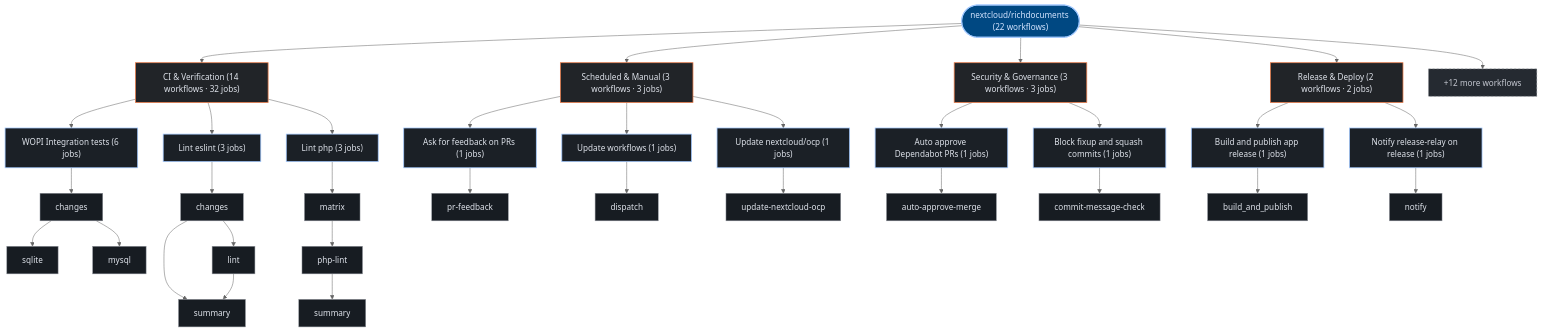
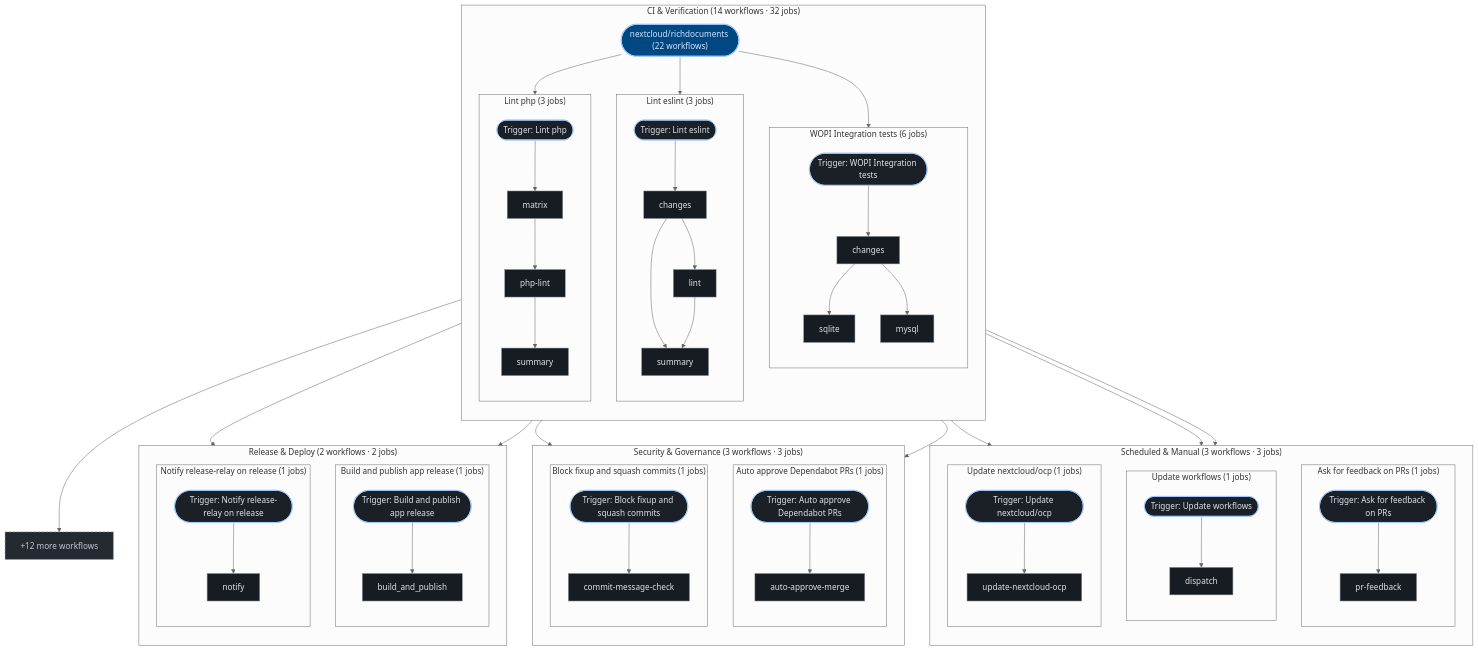
Before and after one commit to kumarshaz/atruss-code-atlas: the third of 3 diagrams in exports/latest/reports/nextcloud-richdocuments-report.md, drawn with Mermaid (neutral theme). The commit also changed 181 other files, not shown here.

````diff
--- a/exports/latest/reports/nextcloud-richdocuments-report.md
+++ b/exports/latest/reports/nextcloud-richdocuments-report.md
@@ -256,67 +256,101 @@
   classDef atlasAlert fill:#93000a,stroke:#ffb4ab,stroke-width:1.5px,color:#ffdad6
   classDef atlasMore fill:#252a31,stroke:#8d9199,stroke-dasharray:4 4,color:#c3c6cf
   pipeline_root(["nextcloud/richdocuments (22 workflows)"]):::atlasRoot
-  grp_0_CI___Verification["CI & Verification (14 workflows · 32 jobs)"]:::atlasCategory
-  pipeline_root --> grp_0_CI___Verification
-  wf_4_WOPI_Integration_tests["WOPI Integration tests (6 jobs)"]:::atlasWorkflow
-  grp_0_CI___Verification --> wf_4_WOPI_Integration_tests
-  job_4_changes["changes"]:::atlasJob
-  job_4_sqlite["sqlite"]:::atlasJob
-  job_4_mysql["mysql"]:::atlasJob
-  wf_4_WOPI_Integration_tests --> job_4_changes
-  job_4_changes --> job_4_sqlite
-  job_4_changes --> job_4_mysql
-  wf_5_Lint_eslint["Lint eslint (3 jobs)"]:::atlasWorkflow
-  grp_0_CI___Verification --> wf_5_Lint_eslint
-  job_5_changes["changes"]:::atlasJob
-  job_5_lint["lint"]:::atlasJob
-  job_5_summary["summary"]:::atlasJob
-  wf_5_Lint_eslint --> job_5_changes
-  job_5_changes --> job_5_lint
-  job_5_changes --> job_5_summary
-  job_5_lint --> job_5_summary
-  wf_8_Lint_php["Lint php (3 jobs)"]:::atlasWorkflow
-  grp_0_CI___Verification --> wf_8_Lint_php
-  job_8_matrix["matrix"]:::atlasJob
-  job_8_php_lint["php-lint"]:::atlasJob
-  job_8_summary["summary"]:::atlasJob
-  wf_8_Lint_php --> job_8_matrix
-  job_8_matrix --> job_8_php_lint
-  job_8_php_lint --> job_8_summary
-  grp_1_Scheduled___Manual["Scheduled & Manual (3 workflows · 3 jobs)"]:::atlasCategory
-  pipeline_root --> grp_1_Scheduled___Manual
-  wf_16_Ask_for_feedback_on_PRs["Ask for feedback on PRs (1 jobs)"]:::atlasWorkflow
-  grp_1_Scheduled___Manual --> wf_16_Ask_for_feedback_on_PRs
-  job_16_pr_feedback["pr-feedback"]:::atlasJob
-  wf_16_Ask_for_feedback_on_PRs --> job_16_pr_feedback
-  wf_20_Update_workflows["Update workflows (1 jobs)"]:::atlasWorkflow
-  grp_1_Scheduled___Manual --> wf_20_Update_workflows
-  job_20_dispatch["dispatch"]:::atlasJob
-  wf_20_Update_workflows --> job_20_dispatch
-  wf_21_Update_nextcloud_ocp["Update nextcloud/ocp (1 jobs)"]:::atlasWorkflow
-  grp_1_Scheduled___Manual --> wf_21_Update_nextcloud_ocp
-  job_21_update_nextcloud_ocp["update-nextcloud-ocp"]:::atlasJob
-  wf_21_Update_nextcloud_ocp --> job_21_update_nextcloud_ocp
-  grp_2_Security___Governance["Security & Governance (3 workflows · 3 jobs)"]:::atlasCategory
-  pipeline_root --> grp_2_Security___Governance
-  wf_2_Auto_approve_Dependabot_PRs["Auto approve Dependabot PRs (1 jobs)"]:::atlasWorkflow
-  grp_2_Security___Governance --> wf_2_Auto_approve_Dependabot_PRs
-  job_2_auto_approve_merge["auto-approve-merge"]:::atlasJob
-  wf_2_Auto_approve_Dependabot_PRs --> job_2_auto_approve_merge
-  wf_3_Block_fixup_and_squash_commits["Block fixup and squash commits (1 jobs)"]:::atlasWorkflow
-  grp_2_Security___Governance --> wf_3_Block_fixup_and_squash_commits
-  job_3_commit_message_check["commit-message-check"]:::atlasJob
-  wf_3_Block_fixup_and_squash_commits --> job_3_commit_message_check
-  grp_3_Release___Deploy["Release & Deploy (2 workflows · 2 jobs)"]:::atlasCategory
-  pipeline_root --> grp_3_Release___Deploy
-  wf_0_Build_and_publish_app_release["Build and publish app release (1 jobs)"]:::atlasWorkflow
-  grp_3_Release___Deploy --> wf_0_Build_and_publish_app_release
-  job_0_build_and_publish["build_and_publish"]:::atlasJob
-  wf_0_Build_and_publish_app_release --> job_0_build_and_publish
-  wf_18_Notify_release_relay_on_release["Notify release-relay on release (1 jobs)"]:::atlasWorkflow
-  grp_3_Release___Deploy --> wf_18_Notify_release_relay_on_release
-  job_18_notify["notify"]:::atlasJob
-  wf_18_Notify_release_relay_on_release --> job_18_notify
+  subgraph sg_grp_0_CI___Verification["CI & Verification (14 workflows · 32 jobs)"]
+    direction TB
+    subgraph sg_wf_4_WOPI_Integration_tests["WOPI Integration tests (6 jobs)"]
+      direction TB
+      wf_4_WOPI_Integration_tests(["Trigger: WOPI Integration tests"]):::atlasWorkflow
+      job_4_changes["changes"]:::atlasJob
+      job_4_sqlite["sqlite"]:::atlasJob
+      job_4_mysql["mysql"]:::atlasJob
+      wf_4_WOPI_Integration_tests --> job_4_changes
+      job_4_changes --> job_4_sqlite
+      job_4_changes --> job_4_mysql
+    end
+    pipeline_root --> wf_4_WOPI_Integration_tests
+    subgraph sg_wf_5_Lint_eslint["Lint eslint (3 jobs)"]
+      direction TB
+      wf_5_Lint_eslint(["Trigger: Lint eslint"]):::atlasWorkflow
+      job_5_changes["changes"]:::atlasJob
+      job_5_lint["lint"]:::atlasJob
+      job_5_summary["summary"]:::atlasJob
+      wf_5_Lint_eslint --> job_5_changes
+      job_5_changes --> job_5_lint
+      job_5_changes --> job_5_summary
+      job_5_lint --> job_5_summary
+    end
+    pipeline_root --> wf_5_Lint_eslint
+    subgraph sg_wf_8_Lint_php["Lint php (3 jobs)"]
+      direction TB
+      wf_8_Lint_php(["Trigger: Lint php"]):::atlasWorkflow
+      job_8_matrix["matrix"]:::atlasJob
+      job_8_php_lint["php-lint"]:::atlasJob
+      job_8_summary["summary"]:::atlasJob
+      wf_8_Lint_php --> job_8_matrix
+      job_8_matrix --> job_8_php_lint
+      job_8_php_lint --> job_8_summary
+    end
+    pipeline_root --> wf_8_Lint_php
+  end
+  subgraph sg_grp_1_Scheduled___Manual["Scheduled & Manual (3 workflows · 3 jobs)"]
+    direction TB
+    subgraph sg_wf_16_Ask_for_feedback_on_PRs["Ask for feedback on PRs (1 jobs)"]
+      direction TB
+      wf_16_Ask_for_feedback_on_PRs(["Trigger: Ask for feedback on PRs"]):::atlasWorkflow
+      job_16_pr_feedback["pr-feedback"]:::atlasJob
+      wf_16_Ask_for_feedback_on_PRs --> job_16_pr_feedback
+    end
+    pipeline_root --> wf_16_Ask_for_feedback_on_PRs
+    subgraph sg_wf_20_Update_workflows["Update workflows (1 jobs)"]
+      direction TB
+      wf_20_Update_workflows(["Trigger: Update workflows"]):::atlasWorkflow
+      job_20_dispatch["dispatch"]:::atlasJob
+      wf_20_Update_workflows --> job_20_dispatch
+    end
+    pipeline_root --> wf_20_Update_workflows
+    subgraph sg_wf_21_Update_nextcloud_ocp["Update nextcloud/ocp (1 jobs)"]
+      direction TB
+      wf_21_Update_nextcloud_ocp(["Trigger: Update nextcloud/ocp"]):::atlasWorkflow
+      job_21_update_nextcloud_ocp["update-nextcloud-ocp"]:::atlasJob
+      wf_21_Update_nextcloud_ocp --> job_21_update_nextcloud_ocp
+    end
+    pipeline_root --> wf_21_Update_nextcloud_ocp
+  end
+  subgraph sg_grp_2_Security___Governance["Security & Governance (3 workflows · 3 jobs)"]
+    direction TB
+    subgraph sg_wf_2_Auto_approve_Dependabot_PRs["Auto approve Dependabot PRs (1 jobs)"]
+      direction TB
+      wf_2_Auto_approve_Dependabot_PRs(["Trigger: Auto approve Dependabot PRs"]):::atlasWorkflow
+      job_2_auto_approve_merge["auto-approve-merge"]:::atlasJob
+      wf_2_Auto_approve_Dependabot_PRs --> job_2_auto_approve_merge
+    end
+    pipeline_root --> wf_2_Auto_approve_Dependabot_PRs
+    subgraph sg_wf_3_Block_fixup_and_squash_commits["Block fixup and squash commits (1 jobs)"]
+      direction TB
+      wf_3_Block_fixup_and_squash_commits(["Trigger: Block fixup and squash commits"]):::atlasWorkflow
+      job_3_commit_message_check["commit-message-check"]:::atlasJob
+      wf_3_Block_fixup_and_squash_commits --> job_3_commit_message_check
+    end
+    pipeline_root --> wf_3_Block_fixup_and_squash_commits
+  end
+  subgraph sg_grp_3_Release___Deploy["Release & Deploy (2 workflows · 2 jobs)"]
+    direction TB
+    subgraph sg_wf_0_Build_and_publish_app_release["Build and publish app release (1 jobs)"]
+      direction TB
+      wf_0_Build_and_publish_app_release(["Trigger: Build and publish app release"]):::atlasWorkflow
+      job_0_build_and_publish["build_and_publish"]:::atlasJob
+      wf_0_Build_and_publish_app_release --> job_0_build_and_publish
+    end
+    pipeline_root --> wf_0_Build_and_publish_app_release
+    subgraph sg_wf_18_Notify_release_relay_on_release["Notify release-relay on release (1 jobs)"]
+      direction TB
+      wf_18_Notify_release_relay_on_release(["Trigger: Notify release-relay on release"]):::atlasWorkflow
+      job_18_notify["notify"]:::atlasJob
+      wf_18_Notify_release_relay_on_release --> job_18_notify
+    end
+    pipeline_root --> wf_18_Notify_release_relay_on_release
+  end
   wf_more["+12 more workflows"]:::atlasMore
   pipeline_root --> wf_more
 ```
````
